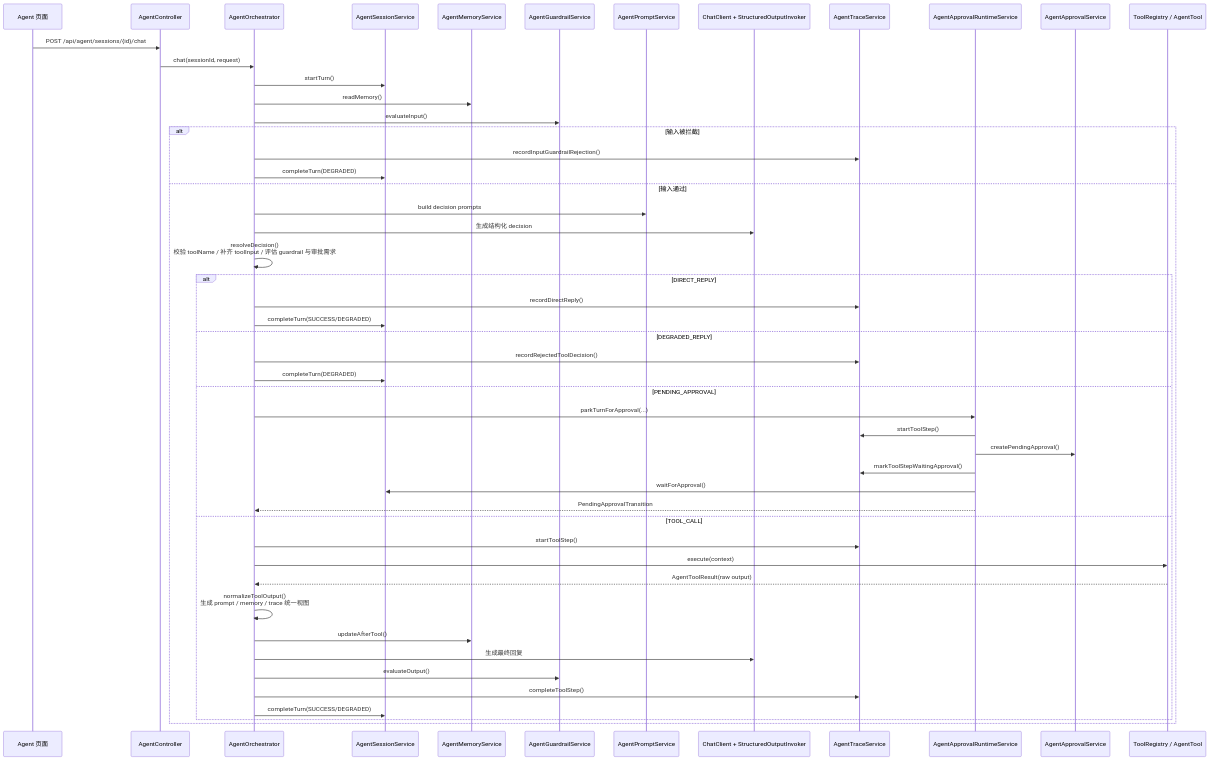
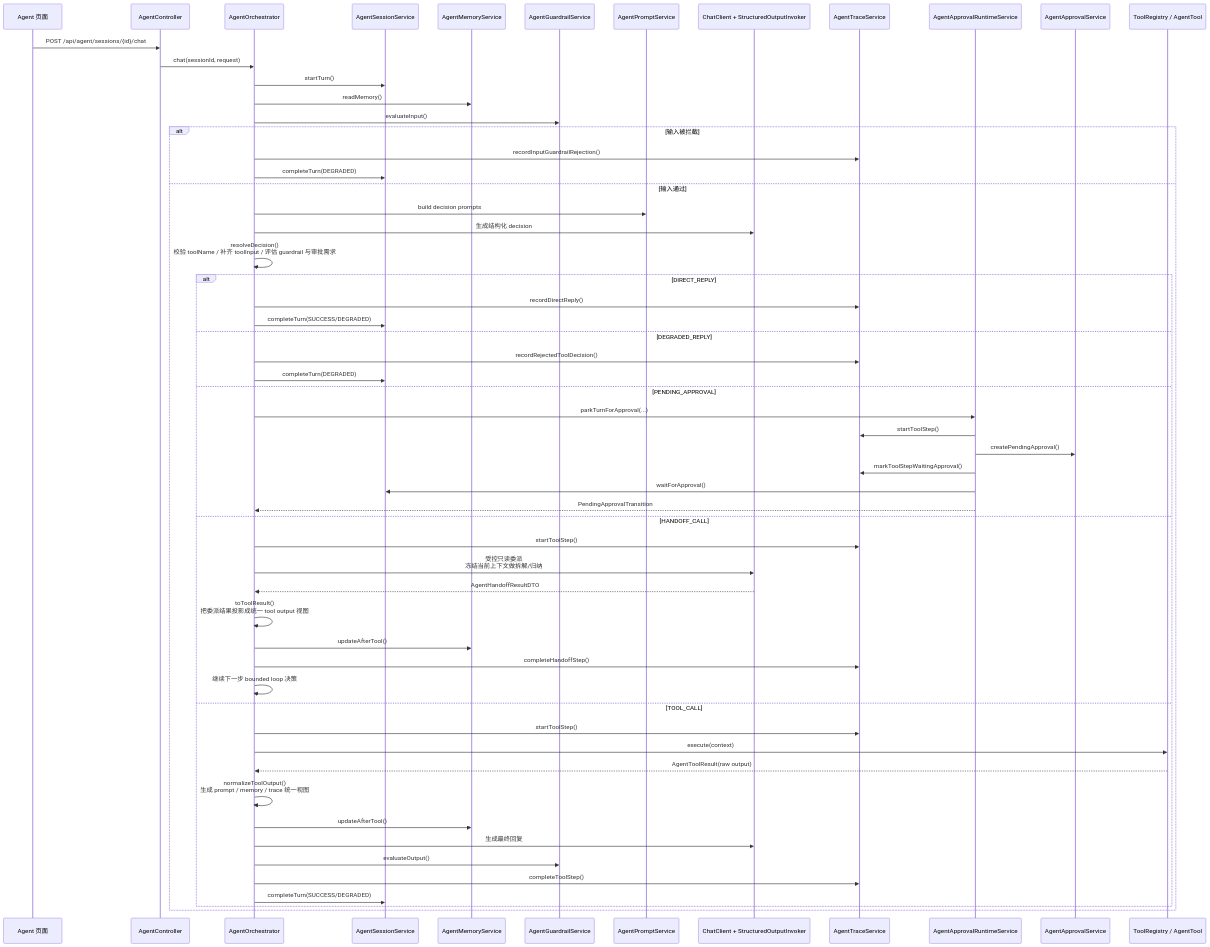
Before and after one commit to Kiyra-gjx/interview-guide: the fifth of 7 diagrams in docs/current-code-architecture.md, drawn with Mermaid. The commit also changed other lines of this file and 8 other files, not shown here.

````diff
--- a/docs/current-code-architecture.md
+++ b/docs/current-code-architecture.md
@@ -195,54 +195,62 @@
 ```mermaid
 sequenceDiagram
     participant UI as Agent 页面
     participant AC as AgentController
     participant AO as AgentOrchestrator
     participant SS as AgentSessionService
     participant MS as AgentMemoryService
     participant GS as AgentGuardrailService
     participant PS as AgentPromptService
     participant LLM as ChatClient + StructuredOutputInvoker
     participant TR as AgentTraceService
     participant AR as AgentApprovalRuntimeService
     participant AP as AgentApprovalService
     participant TO as ToolRegistry / AgentTool
 
     UI->>AC: POST /api/agent/sessions/{id}/chat
     AC->>AO: chat(sessionId, request)
     AO->>SS: startTurn()
     AO->>MS: readMemory()
     AO->>GS: evaluateInput()
 
     alt 输入被拦截
         AO->>TR: recordInputGuardrailRejection()
         AO->>SS: completeTurn(DEGRADED)
     else 输入通过
         AO->>PS: build decision prompts
         AO->>LLM: 生成结构化 decision
         AO->>AO: resolveDecision()<br/>校验 toolName / 补齐 toolInput / 评估 guardrail 与审批需求
         alt DIRECT_REPLY
             AO->>TR: recordDirectReply()
             AO->>SS: completeTurn(SUCCESS/DEGRADED)
         else DEGRADED_REPLY
             AO->>TR: recordRejectedToolDecision()
             AO->>SS: completeTurn(DEGRADED)
         else PENDING_APPROVAL
             AO->>AR: parkTurnForApproval(...)
             AR->>TR: startToolStep()
             AR->>AP: createPendingApproval()
             AR->>TR: markToolStepWaitingApproval()
             AR->>SS: waitForApproval()
             AR-->>AO: PendingApprovalTransition
+        else HANDOFF_CALL
+            AO->>TR: startToolStep()
+            AO->>LLM: 受控只读委派<br/>冻结当前上下文做拆解/归纳
+            LLM-->>AO: AgentHandoffResultDTO
+            AO->>AO: toToolResult()<br/>把委派结果投影成统一 tool output 视图
+            AO->>MS: updateAfterTool()
+            AO->>TR: completeHandoffStep()
+            AO->>AO: 继续下一步 bounded loop 决策
         else TOOL_CALL
             AO->>TR: startToolStep()
             AO->>TO: execute(context)
             TO-->>AO: AgentToolResult(raw output)
             AO->>AO: normalizeToolOutput()<br/>生成 prompt / memory / trace 统一视图
             AO->>MS: updateAfterTool()
             AO->>LLM: 生成最终回复
             AO->>GS: evaluateOutput()
             AO->>TR: completeToolStep()
             AO->>SS: completeTurn(SUCCESS/DEGRADED)
         end
     end
 ```
````
